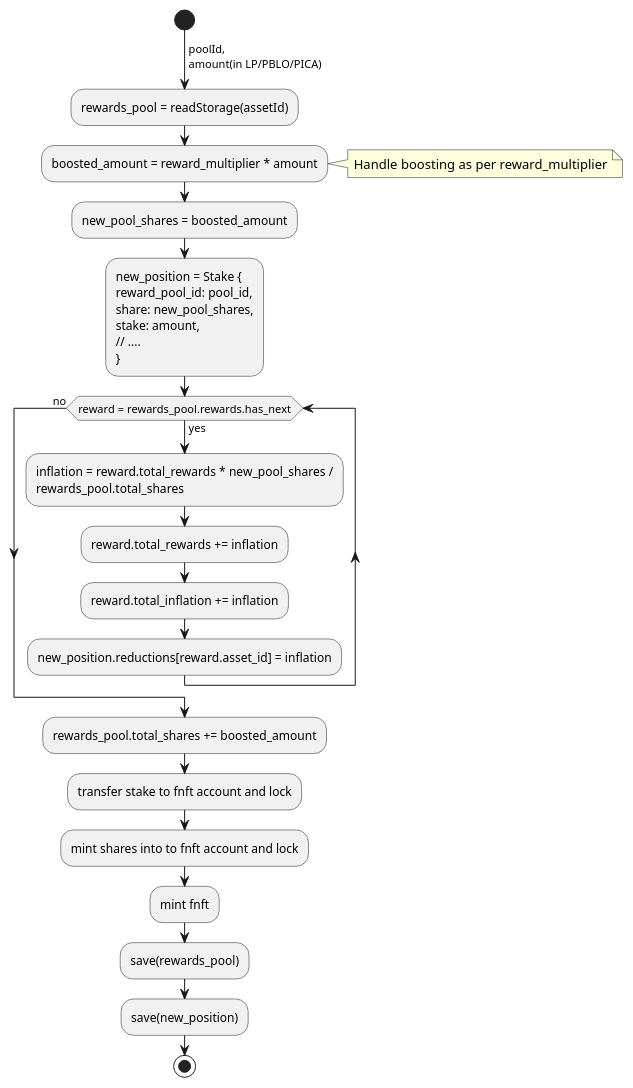
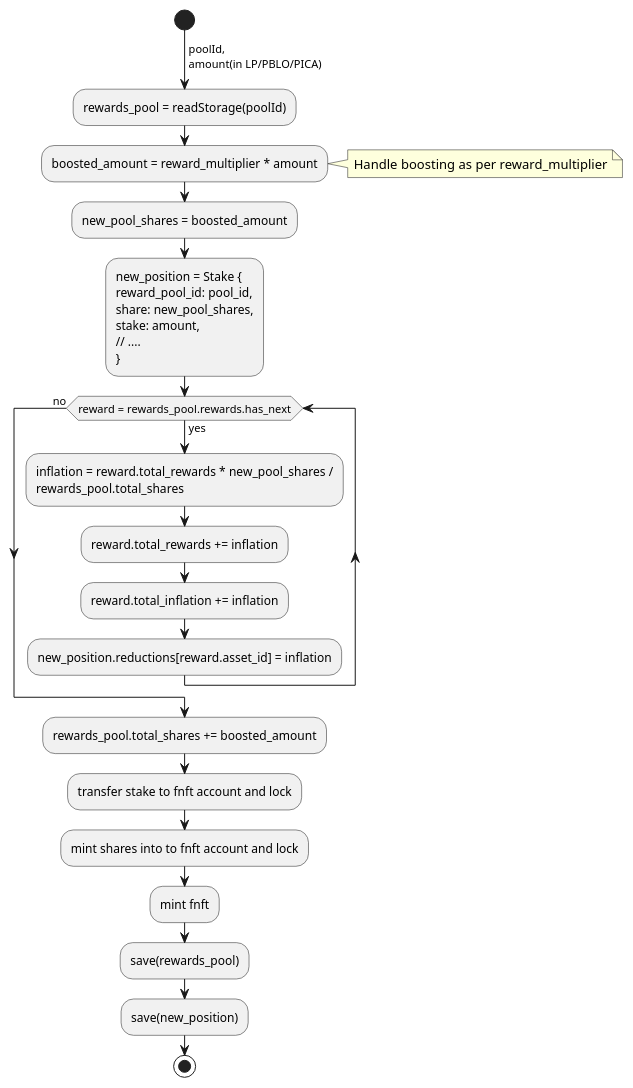
The fourth of 11 diagrams in rfcs/0005-pablo-distribution-assets/0005-pablo-distribution.adoc (ComposableFi/composable), drawn with PlantUML before and after one commit. The commit also changed other lines of this file and 2 other files, not shown here.

Commit message:
more review fixes

```diff
--- a/rfcs/0005-pablo-distribution-assets/0005-pablo-distribution.adoc
+++ b/rfcs/0005-pablo-distribution-assets/0005-pablo-distribution.adoc
@@ -386,28 +386,28 @@
 [plantuml,images/staking,png]
 ----
 start
 ->poolId,\namount(in LP/PBLO/PICA);
-:rewards_pool = readStorage(assetId);
+:rewards_pool = readStorage(poolId);
 :boosted_amount = reward_multiplier * amount;
 note right: Handle boosting as per reward_multiplier
 :new_pool_shares = boosted_amount;
 :new_position = Stake {
 reward_pool_id: pool_id,
 share: new_pool_shares,
 stake: amount,
 // ....
 };
 while (reward = rewards_pool.rewards.has_next) is (yes)
     :inflation = reward.total_rewards * new_pool_shares /\nrewards_pool.total_shares;
     :reward.total_rewards += inflation;
     :reward.total_inflation += inflation;
     :new_position.reductions[reward.asset_id] = inflation;
 endwhile (no)
 :rewards_pool.total_shares += boosted_amount;
 :transfer stake to fnft account and lock;
 :mint shares into to fnft account and lock;
 :mint fnft;
 :save(rewards_pool);
 :save(new_position);
 stop
 ----
```
